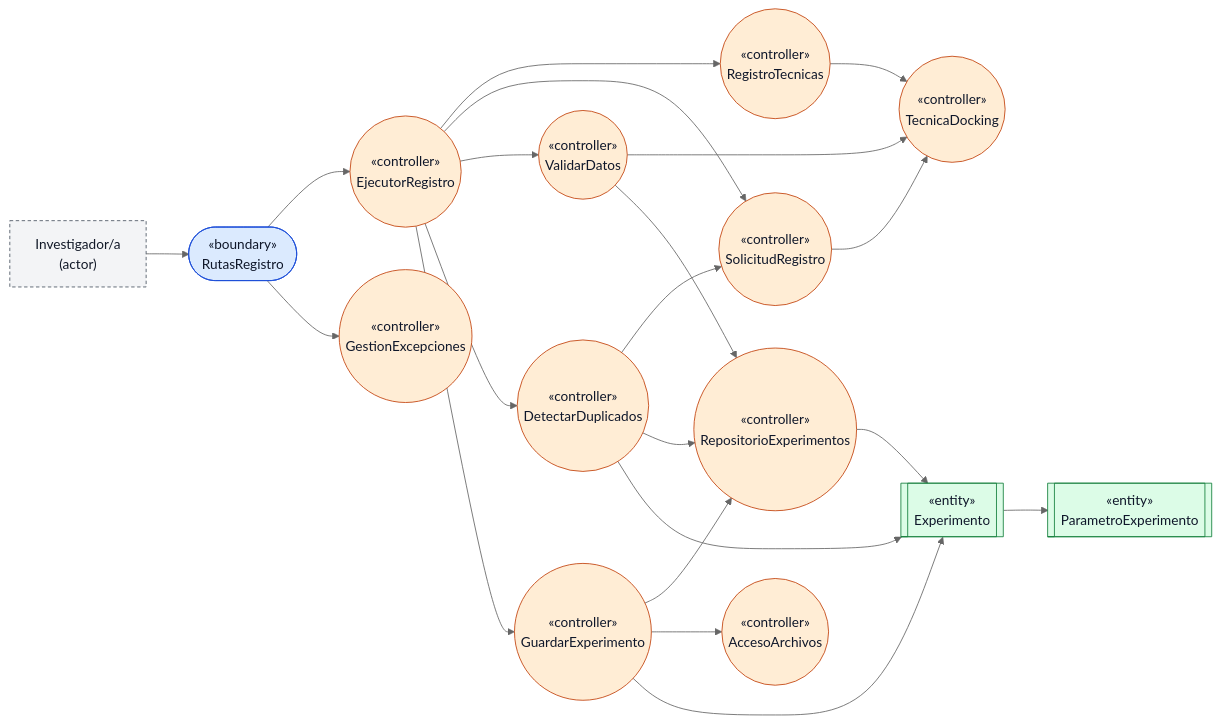
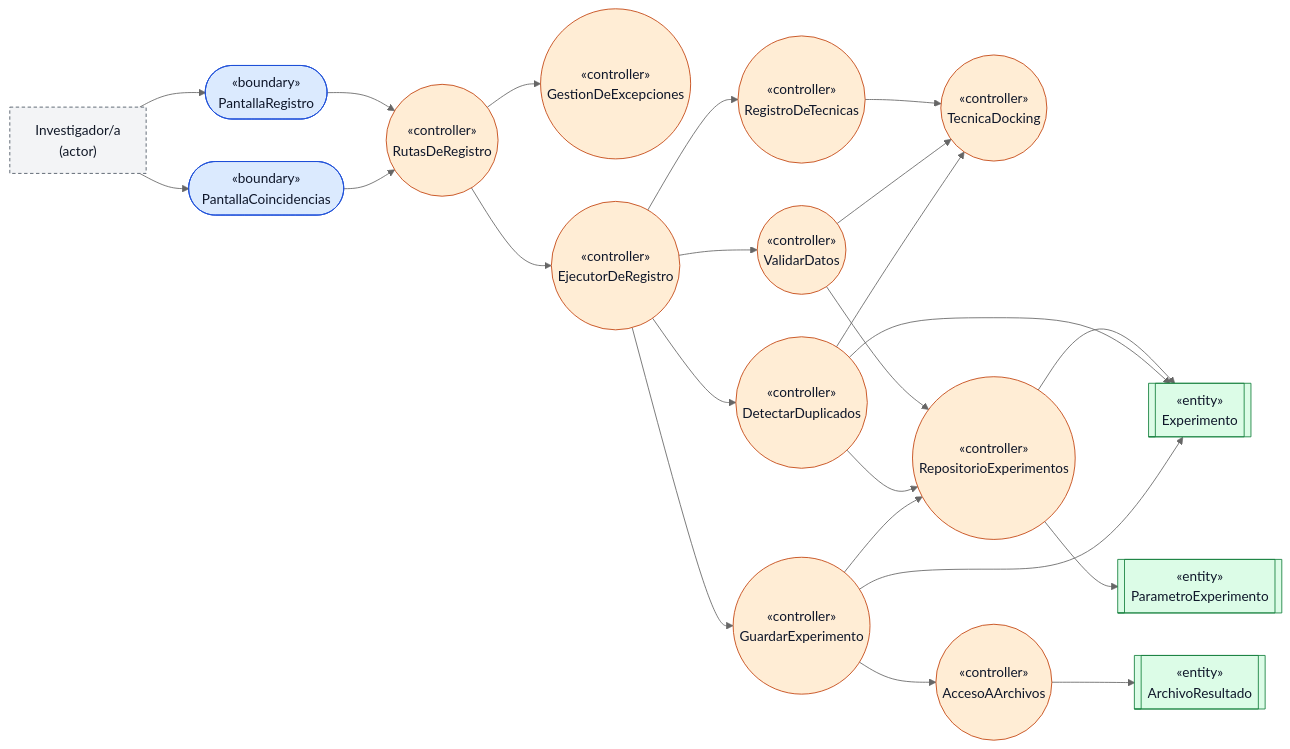
Before and after one commit to juliana203/cosas-mias: the first of 5 diagrams in diseno-detallado.md, drawn with Mermaid (neutral theme). The commit also changed other lines of this file, not shown here.

````diff
--- a/diseno-detallado.md
+++ b/diseno-detallado.md
@@ -113,45 +130,49 @@
 ```mermaid
 flowchart LR
     inv["Investigador/a<br/>(actor)"]
-    ui(["«boundary»<br/>RutasRegistro"])
-    ej(("«controller»<br/>EjecutorRegistro"))
-    rt(("«controller»<br/>RegistroTecnicas"))
+    pf(["«boundary»<br/>PantallaRegistro"])
+    pc(["«boundary»<br/>PantallaCoincidencias"])
+    rr(("«controller»<br/>RutasDeRegistro"))
+    gx(("«controller»<br/>GestionDeExcepciones"))
+    er(("«controller»<br/>EjecutorDeRegistro"))
+    rt(("«controller»<br/>RegistroDeTecnicas"))
     td(("«controller»<br/>TecnicaDocking"))
-    sr(("«controller»<br/>SolicitudRegistro"))
     vd(("«controller»<br/>ValidarDatos"))
     dd(("«controller»<br/>DetectarDuplicados"))
     ge(("«controller»<br/>GuardarExperimento"))
-    rep(("«controller»<br/>RepositorioExperimentos"))
-    aa(("«controller»<br/>AccesoArchivos"))
-    gx(("«controller»<br/>GestionExcepciones"))
+    rx(("«controller»<br/>RepositorioExperimentos"))
+    af(("«controller»<br/>AccesoAArchivos"))
     ex[["«entity»<br/>Experimento"]]
     pa[["«entity»<br/>ParametroExperimento"]]
-    inv --> ui
-    ui --> ej
-    ui --> gx
-    ej --> rt
-    ej --> sr
-    ej --> vd
-    ej --> dd
-    ej --> ge
+    ar[["«entity»<br/>ArchivoResultado"]]
+    inv --> pf
+    inv --> pc
+    pf --> rr
+    pc --> rr
+    rr --> er
+    rr --> gx
+    er --> rt
+    er --> vd
+    er --> dd
+    er --> ge
     rt --> td
-    sr --> td
     vd --> td
-    vd --> rep
-    dd --> sr
-    dd --> rep
+    dd --> td
+    vd --> rx
+    dd --> rx
+    ge --> rx
+    ge --> af
+    rx --> ex
+    rx --> pa
+    af --> ar
     dd --> ex
-    ge --> rep
-    ge --> aa
     ge --> ex
-    rep --> ex
-    ex --> pa
     classDef actor fill:#f3f4f6,stroke:#4b5563,color:#111827,stroke-dasharray: 4 3
     classDef boundary fill:#dbeafe,stroke:#1d4ed8,color:#0f172a
     classDef controller fill:#ffedd5,stroke:#c2410c,color:#0f172a
     classDef entity fill:#dcfce7,stroke:#15803d,color:#0f172a
     class inv actor
-    class ui boundary
-    class ej,rt,td,sr,vd,dd,ge,rep,aa,gx controller
-    class ex,pa entity
+    class pf,pc boundary
+    class rr,gx,er,rt,td,vd,dd,ge,rx,af controller
+    class ex,pa,ar entity
 ```
````
